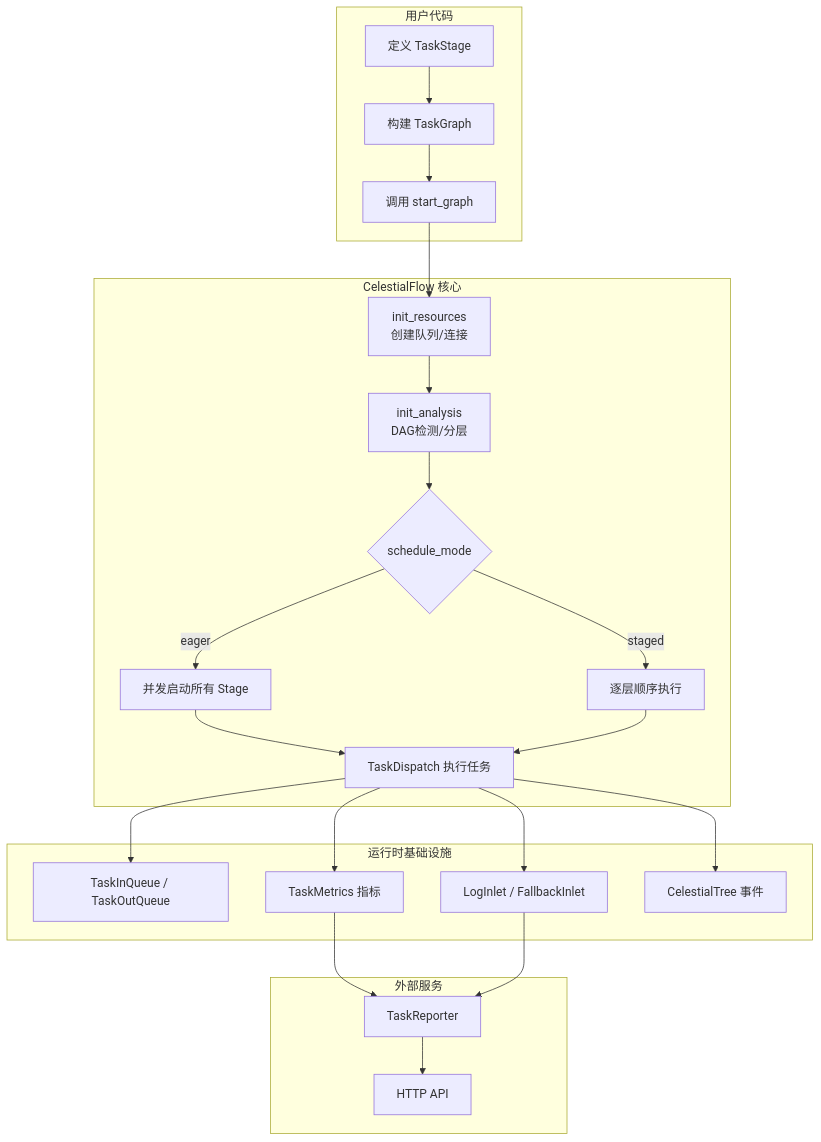
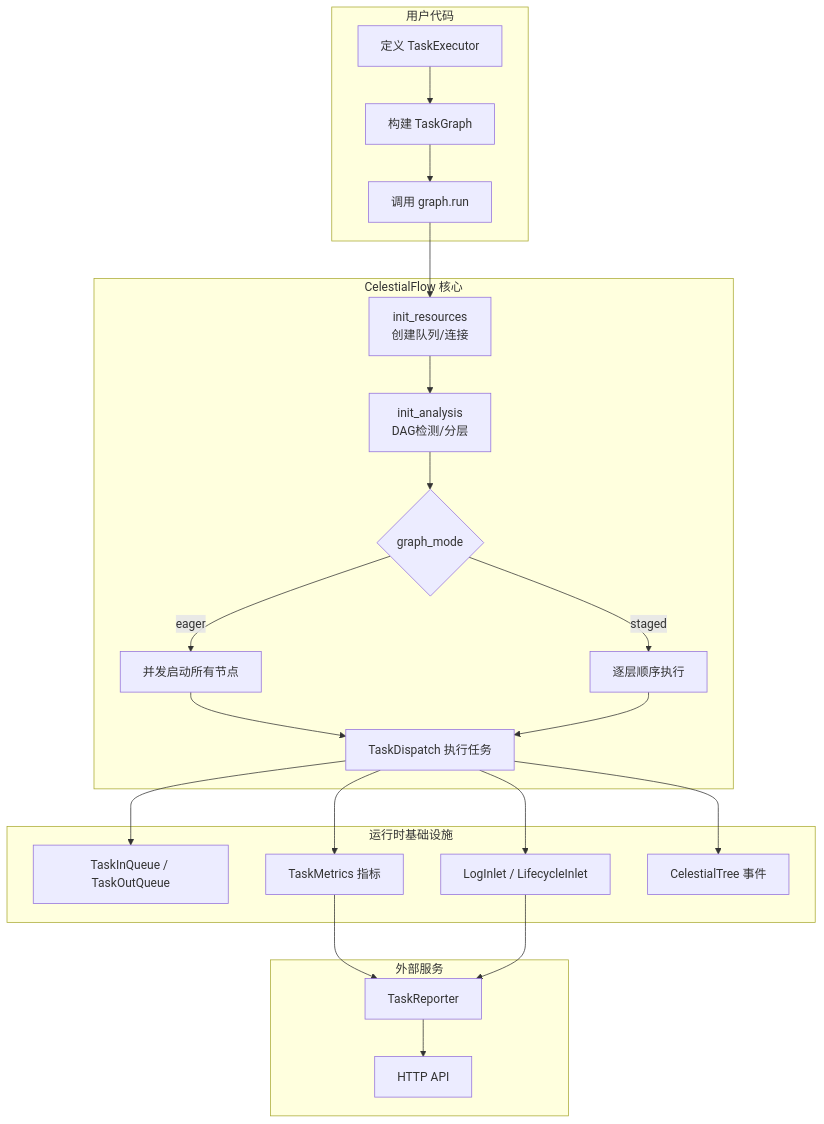
Before and after one commit to Mr-xiaotian/CelestialFlow: the first of 9 diagrams in docs/zh-CN/presentation.md, drawn with Mermaid. The commit also changed other lines of this file and 80 other files, not shown here.

````diff
--- a/docs/zh-CN/presentation.md
+++ b/docs/zh-CN/presentation.md
@@ -76,33 +76,33 @@
 ```mermaid
 graph TB
     subgraph 用户代码
-        A[定义 TaskStage] --> B[构建 TaskGraph]
-        B --> C[调用 start_graph]
+        A[定义 TaskExecutor] --> B[构建 TaskGraph]
+        B --> C[调用 graph.run]
     end
 
     subgraph CelestialFlow 核心
         C --> D[init_resources<br/>创建队列/连接]
         D --> E[init_analysis<br/>DAG检测/分层]
-        E --> F{schedule_mode}
-        F -->|eager| G[并发启动所有 Stage]
+        E --> F{graph_mode}
+        F -->|eager| G[并发启动所有节点]
         F -->|staged| H[逐层顺序执行]
         G --> I[TaskDispatch 执行任务]
         H --> I
     end
 
     subgraph 运行时基础设施
         I --> J[TaskInQueue / TaskOutQueue]
         I --> K[TaskMetrics 指标]
-        I --> L[LogInlet / FallbackInlet]
+        I --> L[LogInlet / LifecycleInlet]
         I --> M[CelestialTree 事件]
     end
 
     subgraph 外部服务
         N[TaskReporter]
         O[HTTP API]
     end
 
     K --> N
     L --> N
     N --> O
 ```
````
